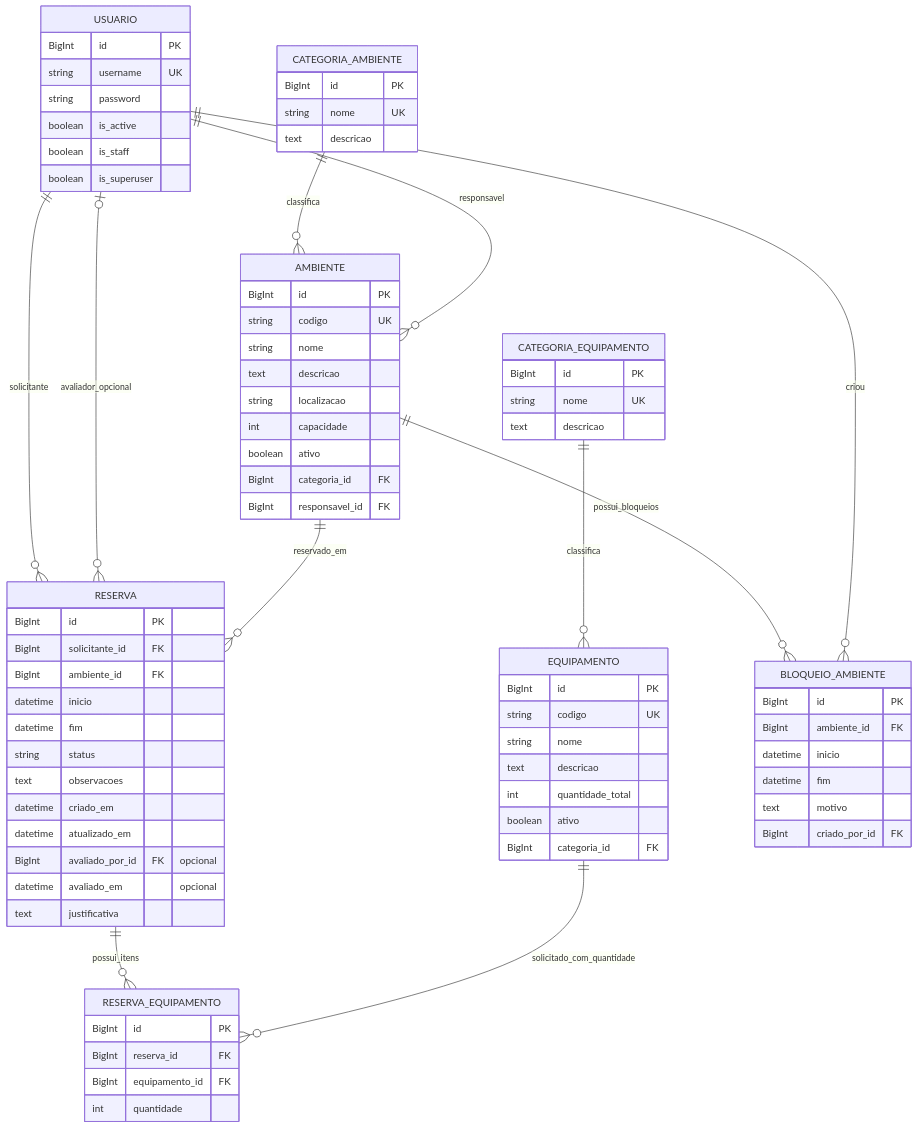
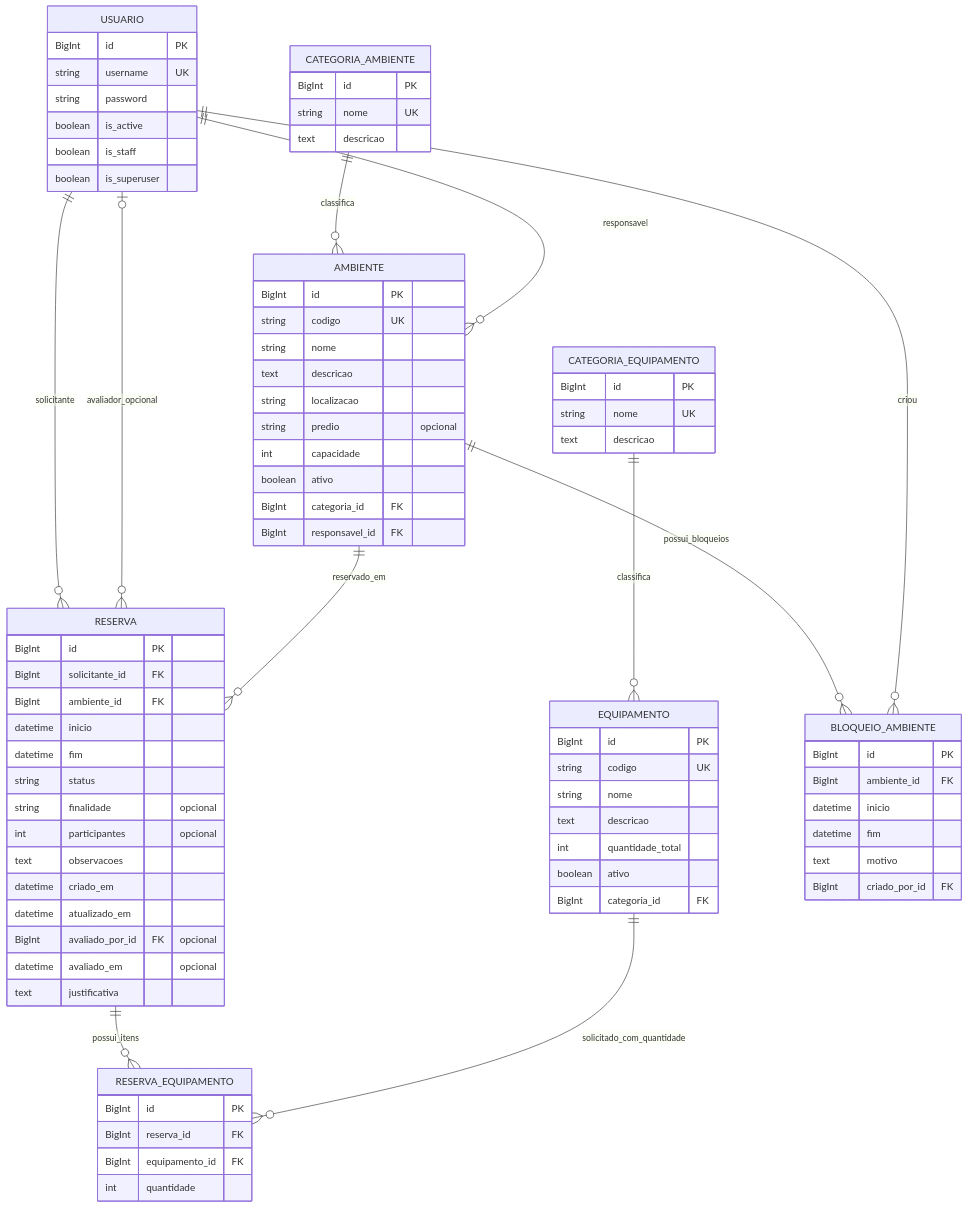
One commit to mvk999/progWeb-campus-reservas changed the diagram in docs/diagrama-er.md. Above: the diagram before and after it, drawn with Mermaid. The commit also changed 2 other files, not shown here.

Commit message:
docs: atualiza README e modelagem com a API do checkpoint 2

```diff
--- a/docs/diagrama-er.md
+++ b/docs/diagrama-er.md
@@ -25,6 +25,7 @@
         string nome
         text descricao
         string localizacao
+        string predio "opcional"
         int capacidade
         boolean ativo
         BigInt categoria_id FK
@@ -54,6 +55,8 @@
         datetime inicio
         datetime fim
         string status
+        string finalidade "opcional"
+        int participantes "opcional"
         text observacoes
         datetime criado_em
         datetime atualizado_em
```
